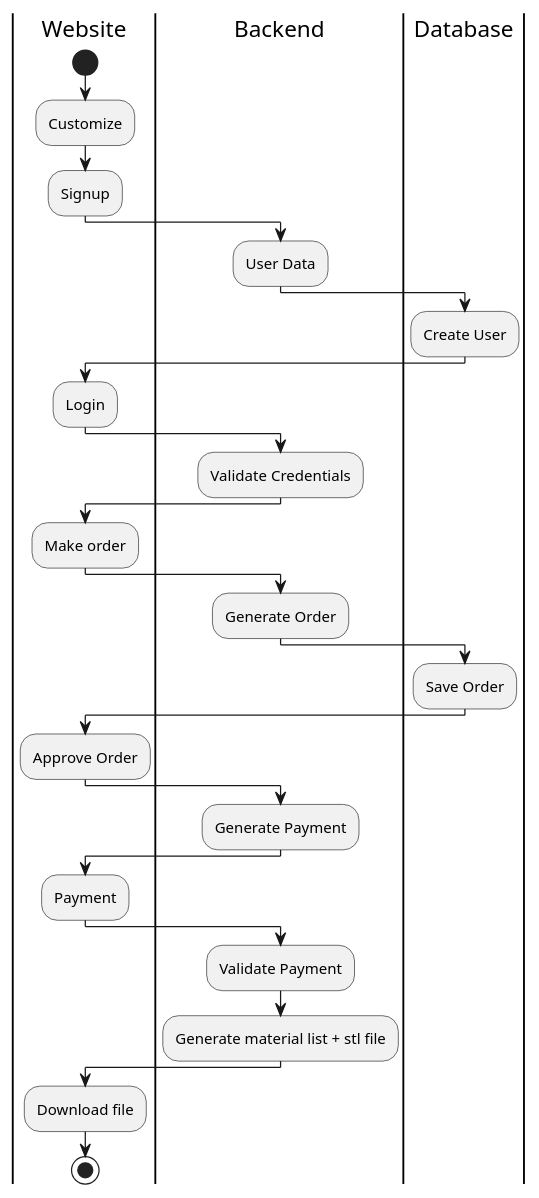
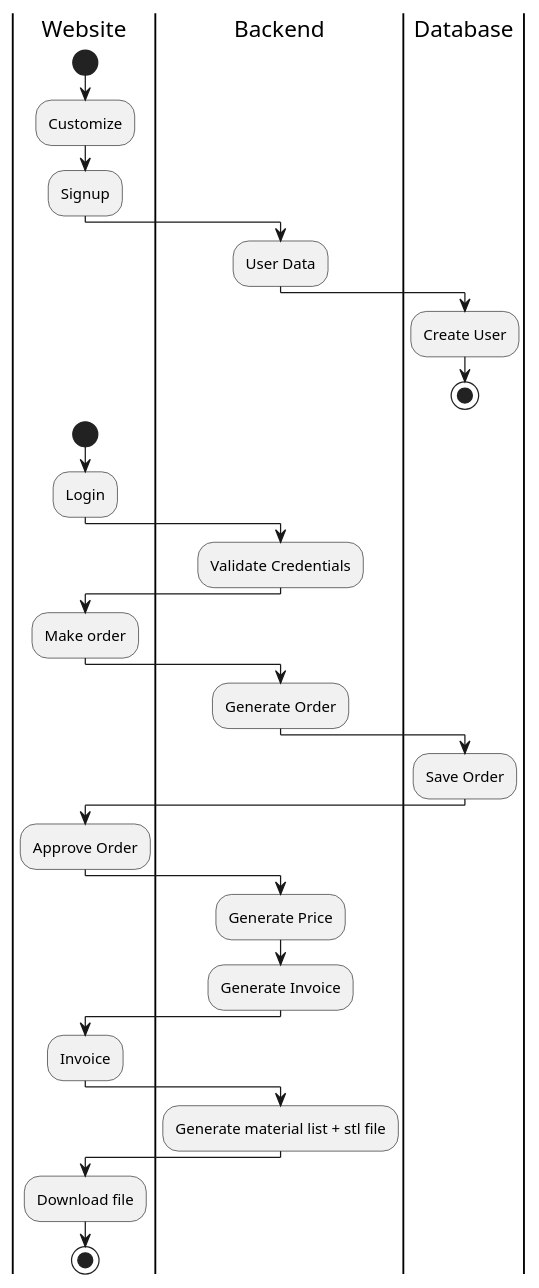
The diagram in documentation/AktivitetsDiagram.puml (HeinLarsen/fog-carport), drawn with PlantUML before and after one commit. The commit also changed 1 other file, not shown here.

Commit message:
Innvoice tilføjet til AktivitetsDiagram

```diff
--- a/documentation/AktivitetsDiagram.puml
+++ b/documentation/AktivitetsDiagram.puml
@@ -1,37 +1,38 @@
 @startuml
 'https://plantuml.com/activity-diagram-beta
 
 |Website|
 start
 :Customize;
 :Signup;
 |Backend|
 :User Data;
 |Backend|
 |Database|
 :Create User;
+stop
 |Website|
+start
 :Login;
 |Backend|
 :Validate Credentials;
 |Website|
 :Make order;
 |Backend|
 :Generate Order;
 |Database|
 :Save Order;
 |Website|
 :Approve Order;
 |Backend|
-:Generate Payment;
+:Generate Price;
+:Generate Invoice;
 |Website|
-:Payment;
-|Backend|
-:Validate Payment;
+:Invoice;
 |Backend|
 :Generate material list + stl file;
 |Website|
 :Download file;
 stop
 
 @enduml
```
